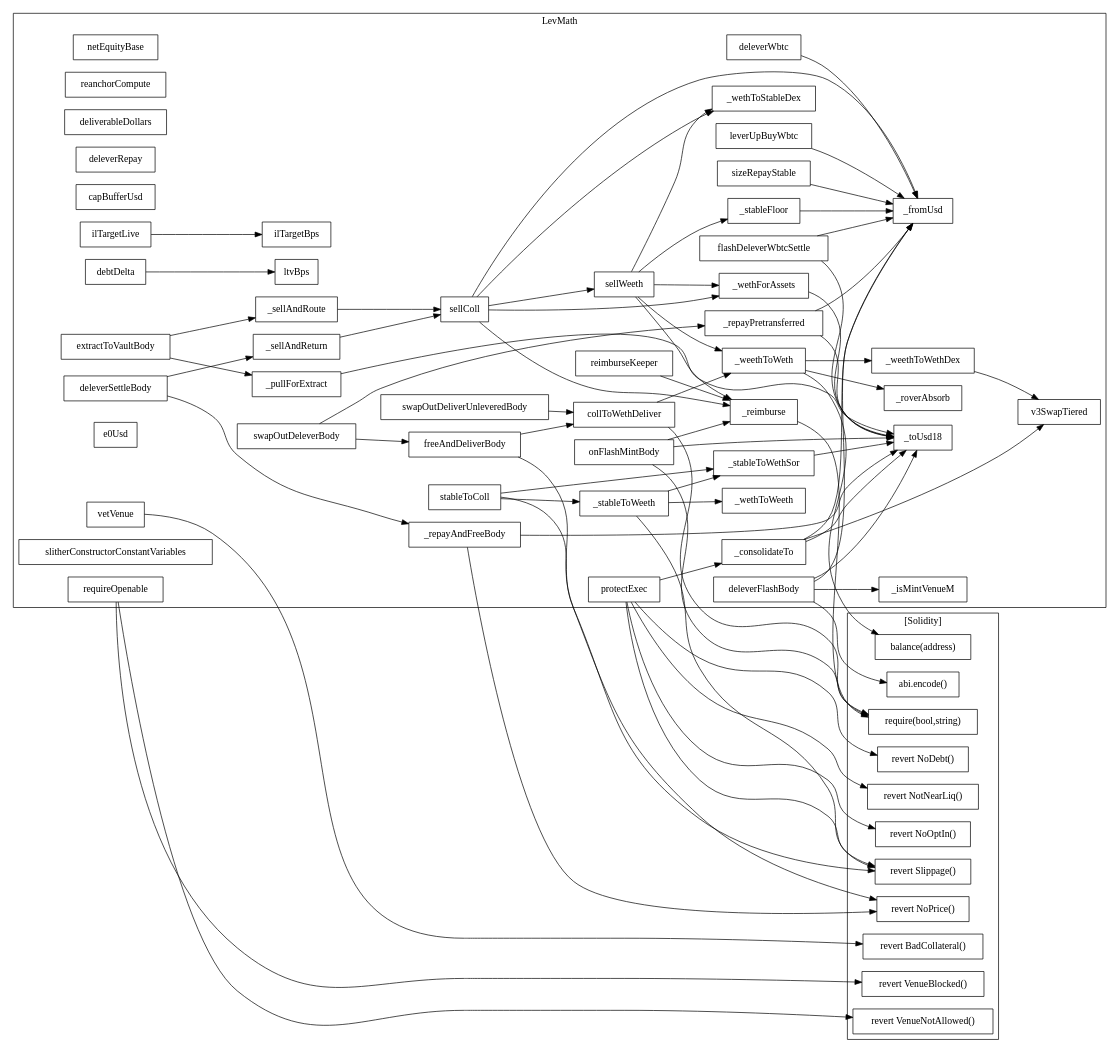
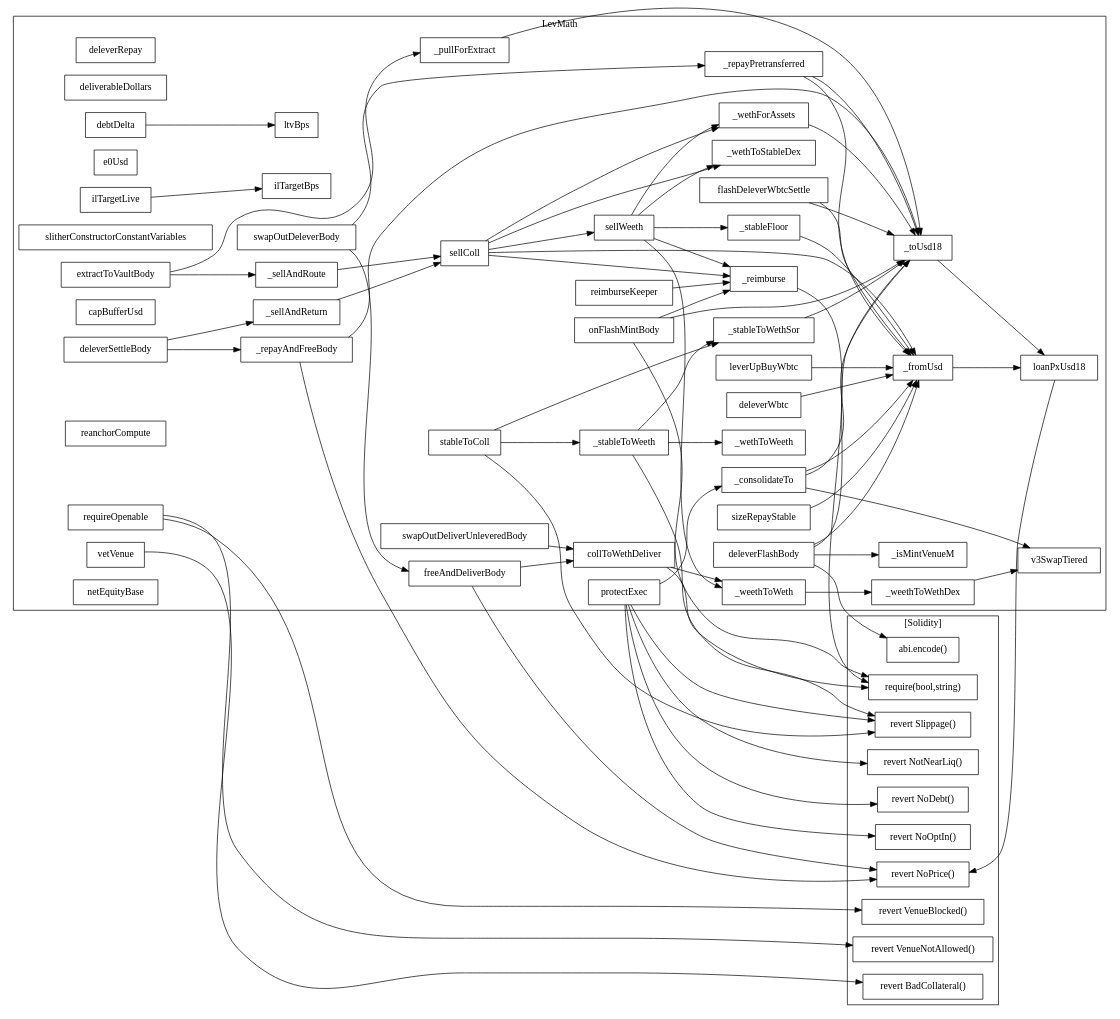
The diagram in evm/slither-out/...LevMath.call-graph.dot (quidmints/SPV), drawn with Graphviz before and after one commit. The commit also changed 145 other files, not shown here.

First line of the commit message:
Regenerate slither-out: the committed analysis was from Aug 4 and predated this session

```diff
--- a/evm/slither-out/...LevMath.call-graph.dot
+++ b/evm/slither-out/...LevMath.call-graph.dot
@@ -1,138 +1,138 @@
 strict digraph {
 rankdir="LR"
 node [shape=box]
-subgraph cluster_63833_LevMath {
+subgraph cluster_67951_LevMath {
 label = "LevMath"
-"63833_leverUpBuyWbtc" [label="leverUpBuyWbtc"]
-"63833__weethToWethDex" [label="_weethToWethDex"]
-"63833_stableToColl" [label="stableToColl"]
-"63833_netEquityBase" [label="netEquityBase"]
-"63833_ilTargetBps" [label="ilTargetBps"]
-"63833_freeAndDeliverBody" [label="freeAndDeliverBody"]
-"63833_reanchorCompute" [label="reanchorCompute"]
-"63833__weethToWeth" [label="_weethToWeth"]
-"63833_onFlashMintBody" [label="onFlashMintBody"]
-"63833__stableToWethSor" [label="_stableToWethSor"]
-"63833_deliverableDollars" [label="deliverableDollars"]
-"63833_swapOutDeliverUnleveredBody" [label="swapOutDeliverUnleveredBody"]
-"63833__fromUsd" [label="_fromUsd"]
-"63833__roverAbsorb" [label="_roverAbsorb"]
-"63833__toUsd18" [label="_toUsd18"]
-"63833_deleverRepay" [label="deleverRepay"]
-"63833_capBufferUsd" [label="capBufferUsd"]
-"63833__reimburse" [label="_reimburse"]
-"63833__wethToWeeth" [label="_wethToWeeth"]
-"63833__consolidateTo" [label="_consolidateTo"]
-"63833_vetVenue" [label="vetVenue"]
-"63833__wethForAssets" [label="_wethForAssets"]
-"63833_sellWeeth" [label="sellWeeth"]
-"63833__stableToWeeth" [label="_stableToWeeth"]
-"63833_requireOpenable" [label="requireOpenable"]
-"63833_ltvBps" [label="ltvBps"]
-"63833_protectExec" [label="protectExec"]
-"63833_ilTargetLive" [label="ilTargetLive"]
-"63833_sizeRepayStable" [label="sizeRepayStable"]
-"63833__stableFloor" [label="_stableFloor"]
-"63833_debtDelta" [label="debtDelta"]
-"63833__repayAndFreeBody" [label="_repayAndFreeBody"]
-"63833__repayPretransferred" [label="_repayPretransferred"]
-"63833_sellColl" [label="sellColl"]
-"63833__pullForExtract" [label="_pullForExtract"]
-"63833_v3SwapTiered" [label="v3SwapTiered"]
-"63833__sellAndReturn" [label="_sellAndReturn"]
-"63833_e0Usd" [label="e0Usd"]
-"63833_deleverWbtc" [label="deleverWbtc"]
-"63833_collToWethDeliver" [label="collToWethDeliver"]
-"63833_deleverFlashBody" [label="deleverFlashBody"]
-"63833_extractToVaultBody" [label="extractToVaultBody"]
-"63833__wethToStableDex" [label="_wethToStableDex"]
-"63833_swapOutDeleverBody" [label="swapOutDeleverBody"]
-"63833_slitherConstructorConstantVariables" [label="slitherConstructorConstantVariables"]
-"63833__isMintVenueM" [label="_isMintVenueM"]
-"63833__sellAndRoute" [label="_sellAndRoute"]
-"63833_reimburseKeeper" [label="reimburseKeeper"]
-"63833_deleverSettleBody" [label="deleverSettleBody"]
-"63833_flashDeleverWbtcSettle" [label="flashDeleverWbtcSettle"]
-"63833_leverUpBuyWbtc" -> "63833__fromUsd"
-"63833_onFlashMintBody" -> "63833__reimburse"
-"63833_sellWeeth" -> "63833__stableFloor"
-"63833_deleverFlashBody" -> "63833__isMintVenueM"
-"63833_extractToVaultBody" -> "63833__sellAndRoute"
-"63833_sellWeeth" -> "63833__reimburse"
-"63833__repayPretransferred" -> "63833__toUsd18"
-"63833__wethForAssets" -> "63833__toUsd18"
-"63833_protectExec" -> "63833__consolidateTo"
-"63833_onFlashMintBody" -> "63833__toUsd18"
-"63833_flashDeleverWbtcSettle" -> "63833__fromUsd"
-"63833_swapOutDeleverBody" -> "63833_freeAndDeliverBody"
-"63833__stableToWethSor" -> "63833__toUsd18"
-"63833__repayAndFreeBody" -> "63833__toUsd18"
-"63833_deleverWbtc" -> "63833__fromUsd"
-"63833__weethToWethDex" -> "63833_v3SwapTiered"
-"63833__sellAndRoute" -> "63833_sellColl"
-"63833_sizeRepayStable" -> "63833__fromUsd"
-"63833_deleverSettleBody" -> "63833__repayAndFreeBody"
-"63833__weethToWeth" -> "63833__weethToWethDex"
-"63833__weethToWeth" -> "63833__roverAbsorb"
-"63833__consolidateTo" -> "63833_v3SwapTiered"
-"63833_sellWeeth" -> "63833__wethForAssets"
-"63833_deleverFlashBody" -> "63833__fromUsd"
-"63833_sellWeeth" -> "63833__weethToWeth"
-"63833_deleverFlashBody" -> "63833__toUsd18"
-"63833_ilTargetLive" -> "63833_ilTargetBps"
-"63833__stableToWeeth" -> "63833__wethToWeeth"
-"63833_freeAndDeliverBody" -> "63833_collToWethDeliver"
-"63833_sellColl" -> "63833_sellWeeth"
-"63833_deleverSettleBody" -> "63833__sellAndReturn"
-"63833__stableToWeeth" -> "63833__stableToWethSor"
-"63833_stableToColl" -> "63833__stableToWethSor"
-"63833_sellColl" -> "63833__wethForAssets"
-"63833_reimburseKeeper" -> "63833__reimburse"
-"63833_sellColl" -> "63833__reimburse"
-"63833_sellColl" -> "63833__fromUsd"
-"63833__stableFloor" -> "63833__fromUsd"
-"63833__pullForExtract" -> "63833__toUsd18"
-"63833__consolidateTo" -> "63833__toUsd18"
-"63833_debtDelta" -> "63833_ltvBps"
-"63833_swapOutDeleverBody" -> "63833__repayPretransferred"
-"63833_collToWethDeliver" -> "63833__weethToWeth"
-"63833__repayPretransferred" -> "63833__fromUsd"
-"63833_extractToVaultBody" -> "63833__pullForExtract"
-"63833_flashDeleverWbtcSettle" -> "63833__toUsd18"
-"63833_sellColl" -> "63833__wethToStableDex"
-"63833__consolidateTo" -> "63833__fromUsd"
-"63833_swapOutDeliverUnleveredBody" -> "63833_collToWethDeliver"
-"63833__sellAndReturn" -> "63833_sellColl"
-"63833_sellWeeth" -> "63833__wethToStableDex"
-"63833_stableToColl" -> "63833__stableToWeeth"
+"67951_deleverRepay" [label="deleverRepay"]
+"67951_deliverableDollars" [label="deliverableDollars"]
+"67951_reimburseKeeper" [label="reimburseKeeper"]
+"67951_protectExec" [label="protectExec"]
+"67951_deleverWbtc" [label="deleverWbtc"]
+"67951__sellAndRoute" [label="_sellAndRoute"]
+"67951_ilTargetBps" [label="ilTargetBps"]
+"67951_debtDelta" [label="debtDelta"]
+"67951__fromUsd" [label="_fromUsd"]
+"67951__repayAndFreeBody" [label="_repayAndFreeBody"]
+"67951_deleverFlashBody" [label="deleverFlashBody"]
+"67951_e0Usd" [label="e0Usd"]
+"67951_requireOpenable" [label="requireOpenable"]
+"67951_loanPxUsd18" [label="loanPxUsd18"]
+"67951__consolidateTo" [label="_consolidateTo"]
+"67951__toUsd18" [label="_toUsd18"]
+"67951_slitherConstructorConstantVariables" [label="slitherConstructorConstantVariables"]
+"67951_ilTargetLive" [label="ilTargetLive"]
+"67951__stableToWeeth" [label="_stableToWeeth"]
+"67951__stableToWethSor" [label="_stableToWethSor"]
+"67951_freeAndDeliverBody" [label="freeAndDeliverBody"]
+"67951_sizeRepayStable" [label="sizeRepayStable"]
+"67951_capBufferUsd" [label="capBufferUsd"]
+"67951_vetVenue" [label="vetVenue"]
+"67951_reanchorCompute" [label="reanchorCompute"]
+"67951_stableToColl" [label="stableToColl"]
+"67951__wethToStableDex" [label="_wethToStableDex"]
+"67951_flashDeleverWbtcSettle" [label="flashDeleverWbtcSettle"]
+"67951_extractToVaultBody" [label="extractToVaultBody"]
+"67951__wethForAssets" [label="_wethForAssets"]
+"67951__stableFloor" [label="_stableFloor"]
+"67951__reimburse" [label="_reimburse"]
+"67951__pullForExtract" [label="_pullForExtract"]
+"67951__wethToWeeth" [label="_wethToWeeth"]
+"67951__sellAndReturn" [label="_sellAndReturn"]
+"67951__isMintVenueM" [label="_isMintVenueM"]
+"67951_onFlashMintBody" [label="onFlashMintBody"]
+"67951_swapOutDeliverUnleveredBody" [label="swapOutDeliverUnleveredBody"]
+"67951__weethToWeth" [label="_weethToWeth"]
+"67951_v3SwapTiered" [label="v3SwapTiered"]
+"67951_sellWeeth" [label="sellWeeth"]
+"67951__weethToWethDex" [label="_weethToWethDex"]
+"67951_collToWethDeliver" [label="collToWethDeliver"]
+"67951__repayPretransferred" [label="_repayPretransferred"]
+"67951_deleverSettleBody" [label="deleverSettleBody"]
+"67951_leverUpBuyWbtc" [label="leverUpBuyWbtc"]
+"67951_sellColl" [label="sellColl"]
+"67951_swapOutDeleverBody" [label="swapOutDeleverBody"]
+"67951_ltvBps" [label="ltvBps"]
+"67951_netEquityBase" [label="netEquityBase"]
+"67951_swapOutDeleverBody" -> "67951__repayPretransferred"
+"67951__stableToWethSor" -> "67951__toUsd18"
+"67951__sellAndRoute" -> "67951_sellColl"
+"67951_sellWeeth" -> "67951__weethToWeth"
+"67951_deleverFlashBody" -> "67951__toUsd18"
+"67951__repayPretransferred" -> "67951__fromUsd"
+"67951_deleverFlashBody" -> "67951__fromUsd"
+"67951_flashDeleverWbtcSettle" -> "67951__fromUsd"
+"67951_onFlashMintBody" -> "67951__reimburse"
+"67951_stableToColl" -> "67951__stableToWethSor"
+"67951_deleverSettleBody" -> "67951__sellAndReturn"
+"67951__toUsd18" -> "67951_loanPxUsd18"
+"67951_extractToVaultBody" -> "67951__sellAndRoute"
+"67951_flashDeleverWbtcSettle" -> "67951__toUsd18"
+"67951_sellColl" -> "67951__fromUsd"
+"67951_deleverSettleBody" -> "67951__repayAndFreeBody"
+"67951_reimburseKeeper" -> "67951__reimburse"
+"67951__repayPretransferred" -> "67951__toUsd18"
+"67951_sellColl" -> "67951__wethToStableDex"
+"67951_sellWeeth" -> "67951__reimburse"
+"67951__sellAndReturn" -> "67951_sellColl"
+"67951_extractToVaultBody" -> "67951__pullForExtract"
+"67951_onFlashMintBody" -> "67951__toUsd18"
+"67951__pullForExtract" -> "67951__toUsd18"
+"67951__consolidateTo" -> "67951__toUsd18"
+"67951_debtDelta" -> "67951_ltvBps"
+"67951__stableToWeeth" -> "67951__stableToWethSor"
+"67951_sellColl" -> "67951_sellWeeth"
+"67951__consolidateTo" -> "67951__fromUsd"
+"67951__stableFloor" -> "67951__fromUsd"
+"67951__weethToWethDex" -> "67951_v3SwapTiered"
+"67951_leverUpBuyWbtc" -> "67951__fromUsd"
+"67951__stableToWeeth" -> "67951__wethToWeeth"
+"67951_deleverFlashBody" -> "67951__isMintVenueM"
+"67951_protectExec" -> "67951__consolidateTo"
+"67951_sellColl" -> "67951__reimburse"
+"67951__consolidateTo" -> "67951_v3SwapTiered"
+"67951_sellWeeth" -> "67951__wethForAssets"
+"67951_stableToColl" -> "67951__stableToWeeth"
+"67951_sellWeeth" -> "67951__stableFloor"
+"67951_sellWeeth" -> "67951__wethToStableDex"
+"67951__wethForAssets" -> "67951__toUsd18"
+"67951_sizeRepayStable" -> "67951__fromUsd"
+"67951_sellColl" -> "67951__wethForAssets"
+"67951_freeAndDeliverBody" -> "67951_collToWethDeliver"
+"67951__repayAndFreeBody" -> "67951__toUsd18"
+"67951_ilTargetLive" -> "67951_ilTargetBps"
+"67951__fromUsd" -> "67951_loanPxUsd18"
+"67951_swapOutDeleverBody" -> "67951_freeAndDeliverBody"
+"67951_collToWethDeliver" -> "67951__weethToWeth"
+"67951__weethToWeth" -> "67951__weethToWethDex"
+"67951_swapOutDeliverUnleveredBody" -> "67951_collToWethDeliver"
+"67951_deleverWbtc" -> "67951__fromUsd"
 }subgraph cluster_solidity {
 label = "[Solidity]"
+"revert NoOptIn()" 
+"revert VenueBlocked()" 
+"require(bool,string)" 
+"revert Slippage()" 
+"abi.encode()" 
+"revert VenueNotAllowed()" 
+"revert NoPrice()" 
+"revert NotNearLiq()" 
+"revert BadCollateral()" 
 "revert NoDebt()" 
-"balance(address)" 
-"revert VenueBlocked()" 
-"revert VenueNotAllowed()" 
-"revert Slippage()" 
-"revert NotNearLiq()" 
-"abi.encode()" 
-"revert BadCollateral()" 
-"require(bool,string)" 
-"revert NoOptIn()" 
-"revert NoPrice()" 
-"63833_protectExec" -> "revert NotNearLiq()"
-"63833_requireOpenable" -> "revert VenueBlocked()"
-"63833_freeAndDeliverBody" -> "revert NoPrice()"
-"63833_protectExec" -> "revert NoDebt()"
-"63833__stableToWeeth" -> "revert Slippage()"
-"63833_deleverFlashBody" -> "abi.encode()"
-"63833_onFlashMintBody" -> "require(bool,string)"
-"63833_collToWethDeliver" -> "require(bool,string)"
-"63833__reimburse" -> "require(bool,string)"
-"63833__repayAndFreeBody" -> "revert NoPrice()"
-"63833_protectExec" -> "revert Slippage()"
-"63833_stableToColl" -> "revert Slippage()"
-"63833_vetVenue" -> "revert BadCollateral()"
-"63833_protectExec" -> "revert NoOptIn()"
-"63833_requireOpenable" -> "revert VenueNotAllowed()"
-"63833__weethToWeth" -> "balance(address)"
+"67951_vetVenue" -> "revert BadCollateral()"
+"67951_onFlashMintBody" -> "require(bool,string)"
+"67951_protectExec" -> "revert Slippage()"
+"67951_stableToColl" -> "revert Slippage()"
+"67951_protectExec" -> "revert NotNearLiq()"
+"67951_requireOpenable" -> "revert VenueNotAllowed()"
+"67951_freeAndDeliverBody" -> "revert NoPrice()"
+"67951__stableToWeeth" -> "revert Slippage()"
+"67951_deleverFlashBody" -> "abi.encode()"
+"67951_loanPxUsd18" -> "revert NoPrice()"
+"67951_protectExec" -> "revert NoDebt()"
+"67951_collToWethDeliver" -> "require(bool,string)"
+"67951__reimburse" -> "require(bool,string)"
+"67951__repayAndFreeBody" -> "revert NoPrice()"
+"67951_requireOpenable" -> "revert VenueBlocked()"
+"67951_protectExec" -> "revert NoOptIn()"
 }
 }
```
